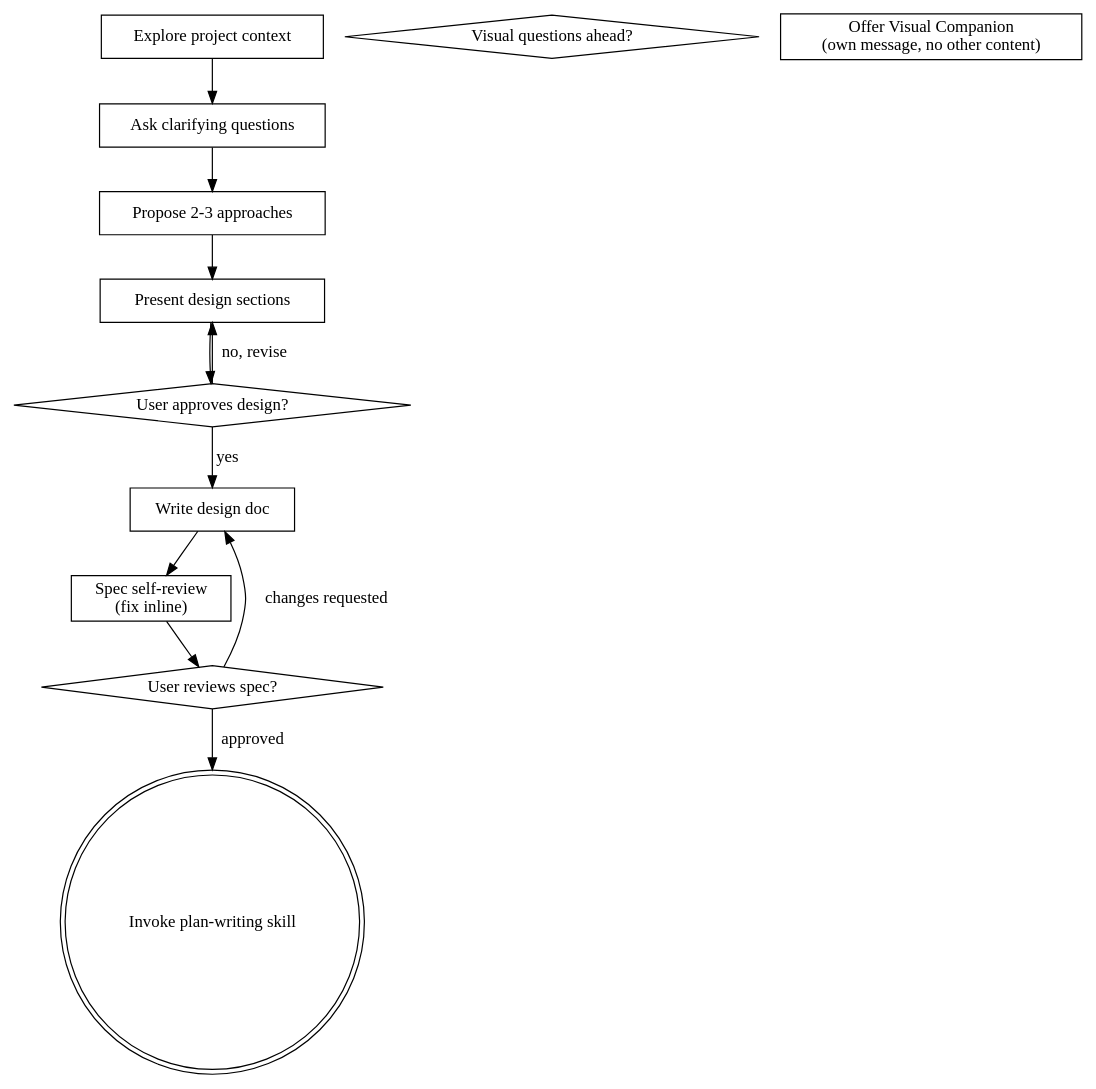
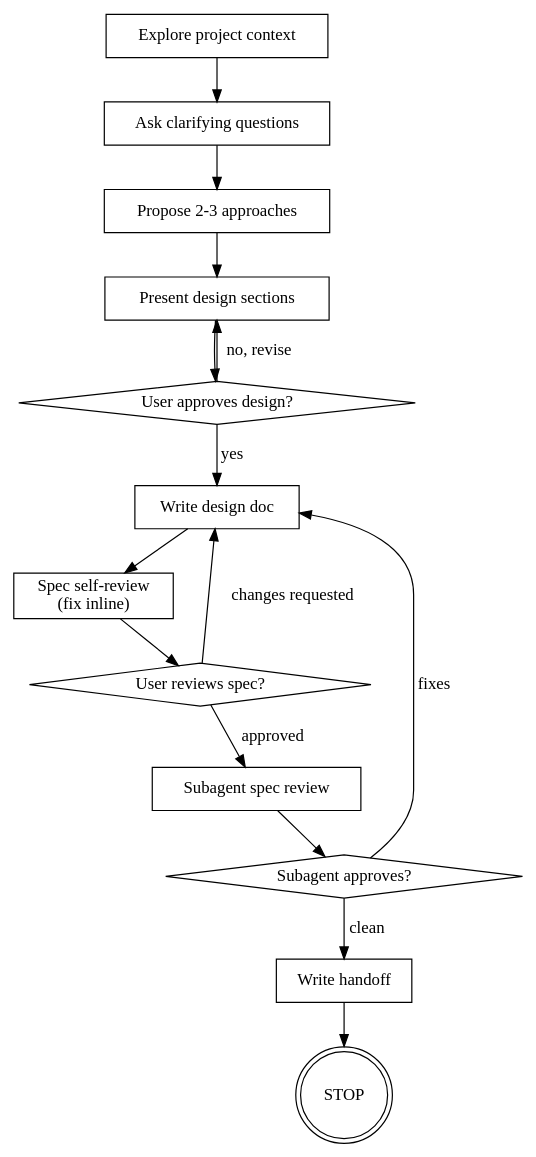
One commit to Fleron/Claude-plugins changed the diagram in claude-scaffolding/skills/brainstorm/SKILL.md. Above: the diagram before and after it, drawn with Graphviz. The commit also changed other lines of this file, not shown here.

First line of the commit message:
feat(claude-scaffolding): add subagent spec-quality gate to brainstorm

````diff
--- a/claude-scaffolding/skills/brainstorm/SKILL.md
+++ b/claude-scaffolding/skills/brainstorm/SKILL.md
@@ -35,26 +39,31 @@
 ```dot
 digraph brainstorming {
     "Explore project context" [shape=box];
-    "Visual questions ahead?" [shape=diamond];
-    "Offer Visual Companion\n(own message, no other content)" [shape=box];
     "Ask clarifying questions" [shape=box];
     "Propose 2-3 approaches" [shape=box];
     "Present design sections" [shape=box];
     "User approves design?" [shape=diamond];
     "Write design doc" [shape=box];
     "Spec self-review\n(fix inline)" [shape=box];
     "User reviews spec?" [shape=diamond];
-    "Invoke plan-writing skill" [shape=doublecircle];
+    "Subagent spec review" [shape=box];
+    "Subagent approves?" [shape=diamond];
+    "Write handoff" [shape=box];
+    "STOP" [shape=doublecircle];
 
     "Explore project context" -> "Ask clarifying questions";
     "Ask clarifying questions" -> "Propose 2-3 approaches";
     "Propose 2-3 approaches" -> "Present design sections";
     "Present design sections" -> "User approves design?";
     "User approves design?" -> "Present design sections" [label="no, revise"];
     "User approves design?" -> "Write design doc" [label="yes"];
     "Write design doc" -> "Spec self-review\n(fix inline)";
     "Spec self-review\n(fix inline)" -> "User reviews spec?";
     "User reviews spec?" -> "Write design doc" [label="changes requested"];
-    "User reviews spec?" -> "Invoke plan-writing skill" [label="approved"];
+    "User reviews spec?" -> "Subagent spec review" [label="approved"];
+    "Subagent spec review" -> "Subagent approves?";
+    "Subagent approves?" -> "Write design doc" [label="fixes"];
+    "Subagent approves?" -> "Write handoff" [label="clean"];
+    "Write handoff" -> "STOP";
 }
 ```
````
